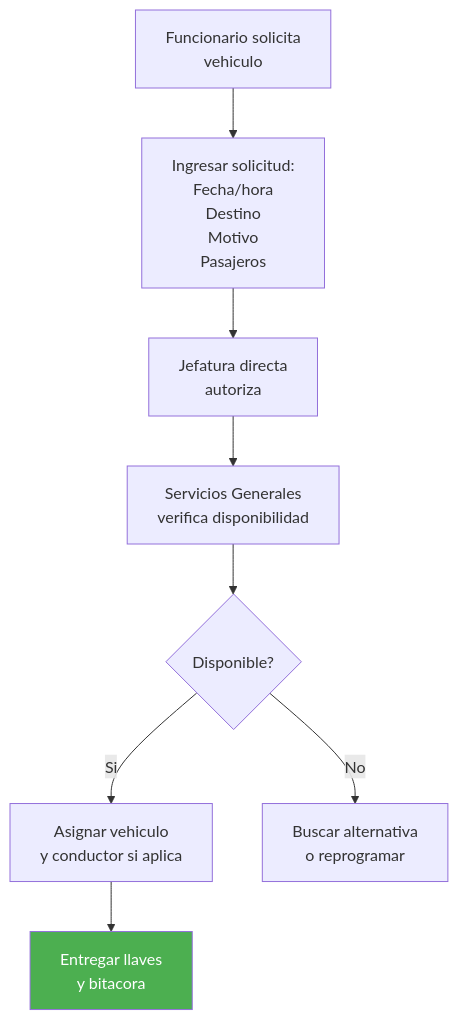
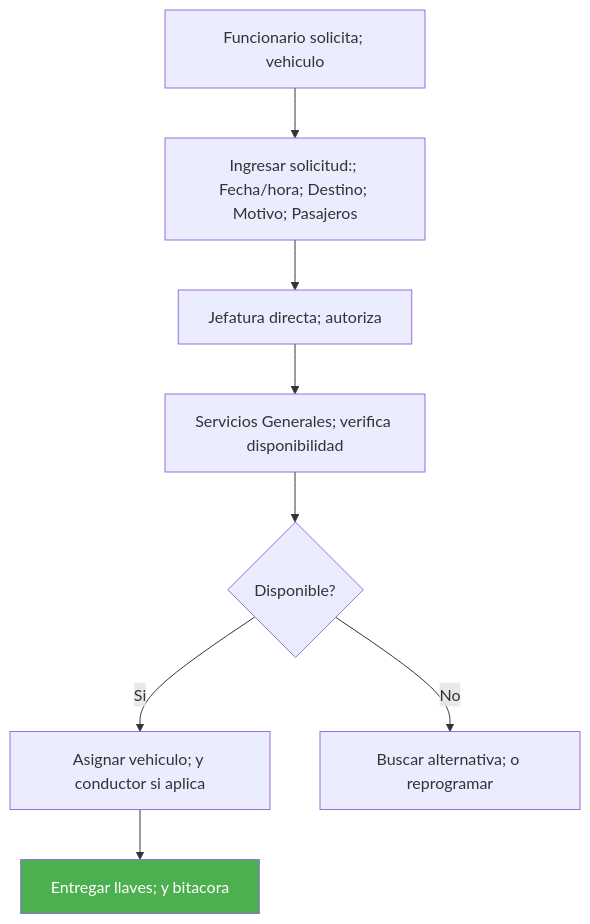
Before and after one commit to felix-antonio-sl/kora: the third of 5 diagrams in KNOWLEDGE/gn/kb/manual-flota-servicios-generales.md, drawn with Mermaid. The commit also changed other lines of this file and 1034 other files, not shown here.

````diff
--- a/KNOWLEDGE/gn/kb/manual-flota-servicios-generales.md
+++ b/KNOWLEDGE/gn/kb/manual-flota-servicios-generales.md
@@ -235,12 +244,12 @@
 ```mermaid
 flowchart TD
-    A["Funcionario solicita<br/>vehiculo"] --> B["Ingresar solicitud:<br/>Fecha/hora<br/>Destino<br/>Motivo<br/>Pasajeros"]
-    B --> C["Jefatura directa<br/>autoriza"]
-    C --> D["Servicios Generales<br/>verifica disponibilidad"]
-    D --> E{"Disponible?"}
-    E -->|"Si"| F["Asignar vehiculo<br/>y conductor si aplica"]
-    E -->|"No"| G["Buscar alternativa<br/>o reprogramar"]
-    F --> H["Entregar llaves<br/>y bitacora"]
+ A["Funcionario solicita; vehiculo"] --> B["Ingresar solicitud:; Fecha/hora; Destino; Motivo; Pasajeros"]
+ B --> C["Jefatura directa; autoriza"]
+ C --> D["Servicios Generales; verifica disponibilidad"]
+ D --> E{"Disponible?"}
+ E -->|"Si"| F["Asignar vehiculo; y conductor si aplica"]
+ E -->|"No"| G["Buscar alternativa; o reprogramar"]
+ F --> H["Entregar llaves; y bitacora"]
 
-    style H fill:#4CAF50,color:#fff
+ style H fill:#4CAF50,color:#fff
 ```
````
